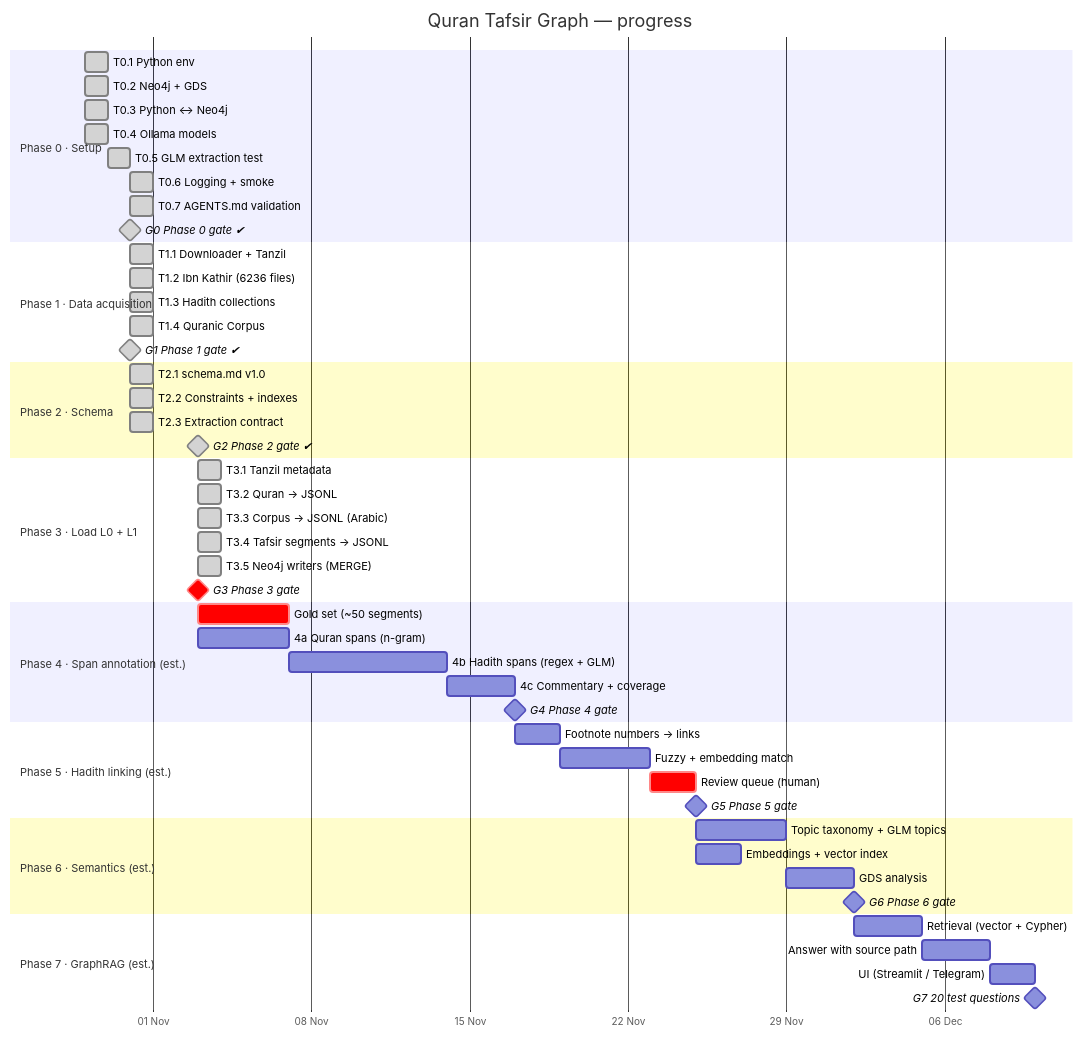
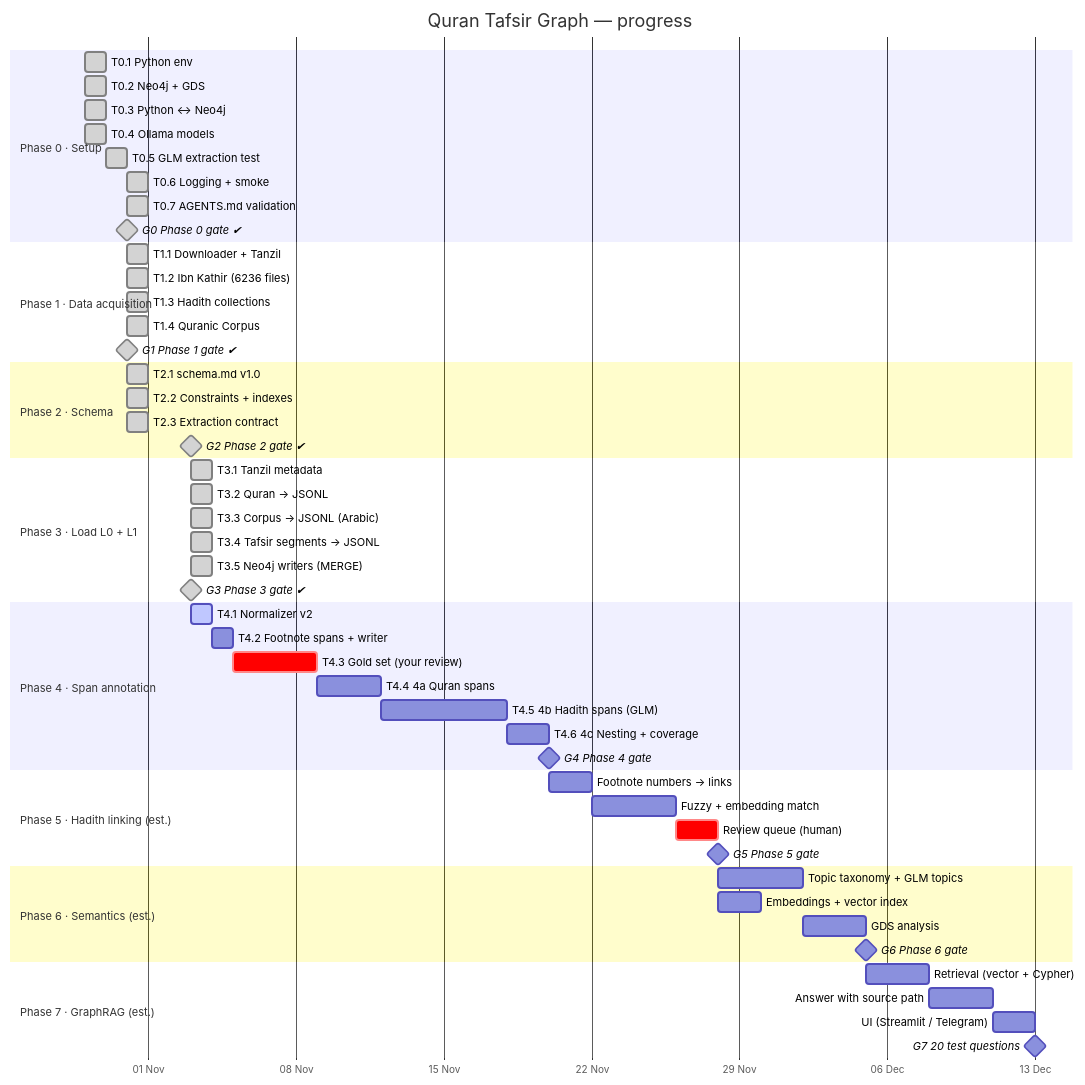
One commit to mohamed-soubhi/quran-graph changed the diagram in docs/GANTT.md. Above: the diagram before and after it, drawn with Mermaid. The commit also changed other lines of this file and 5 other files, not shown here.

````diff
--- a/docs/GANTT.md
+++ b/docs/GANTT.md
@@ -9,63 +9,65 @@
 ```mermaid
 gantt
     title Quran Tafsir Graph — progress
     dateFormat YYYY-MM-DD
     axisFormat %d %b
     todayMarker stroke-width:3px,stroke:#d33
 
     section Phase 0 · Setup
     T0.1 Python env                 :done, t01, 2026-10-29, 1d
     T0.2 Neo4j + GDS                :done, t02, 2026-10-29, 1d
     T0.3 Python ↔ Neo4j             :done, t03, 2026-10-29, 1d
     T0.4 Ollama models              :done, t04, 2026-10-29, 1d
     T0.5 GLM extraction test        :done, t05, 2026-10-30, 1d
     T0.6 Logging + smoke            :done, t06, 2026-10-31, 1d
     T0.7 AGENTS.md validation       :done, t07, 2026-10-31, 1d
     G0 Phase 0 gate ✔               :milestone, done, g0, 2026-10-31, 0d
 
     section Phase 1 · Data acquisition
     T1.1 Downloader + Tanzil        :done, t11, 2026-10-31, 1d
     T1.2 Ibn Kathir (6236 files)    :done, t12, 2026-10-31, 1d
     T1.3 Hadith collections         :done, t13, 2026-10-31, 1d
     T1.4 Quranic Corpus            :done, t14, 2026-10-31, 1d
     G1 Phase 1 gate ✔               :milestone, done, g1, 2026-10-31, 0d
 
     section Phase 2 · Schema
     T2.1 schema.md v1.0            :done, t21, 2026-10-31, 1d
     T2.2 Constraints + indexes      :done, t22, 2026-10-31, 1d
     T2.3 Extraction contract        :done, t23, 2026-10-31, 1d
     G2 Phase 2 gate ✔               :milestone, done, g2, 2026-11-03, 0d
 
     section Phase 3 · Load L0 + L1
     T3.1 Tanzil metadata            :done, t31, 2026-11-03, 1d
     T3.2 Quran → JSONL              :done, t32, 2026-11-03, 1d
     T3.3 Corpus → JSONL (Arabic)    :done, t33, 2026-11-03, 1d
     T3.4 Tafsir segments → JSONL    :done, t34, 2026-11-03, 1d
     T3.5 Neo4j writers (MERGE)      :done, p3b, 2026-11-03, 1d
-    G3 Phase 3 gate                 :crit, milestone, g3, 2026-11-03, 0d
+    G3 Phase 3 gate ✔               :milestone, done, g3, 2026-11-03, 0d
 
-    section Phase 4 · Span annotation (est.)
-    Gold set (~50 segments)         :crit, p4g, after g3, 4d
-    4a Quran spans (n-gram)         :p4a, after g3, 4d
-    4b Hadith spans (regex + GLM)   :p4b, after p4a, 7d
-    4c Commentary + coverage        :p4c, after p4b, 3d
+    section Phase 4 · Span annotation
+    T4.1 Normalizer v2              :active, t41, 2026-11-03, 1d
+    T4.2 Footnote spans + writer    :t42, after t41, 1d
+    T4.3 Gold set (your review)     :crit, t43, after t42, 4d
+    T4.4 4a Quran spans             :t44, after t43, 3d
+    T4.5 4b Hadith spans (GLM)      :t45, after t44, 6d
+    T4.6 4c Nesting + coverage      :p4c, after t45, 2d
     G4 Phase 4 gate                 :milestone, g4, after p4c, 0d
 
     section Phase 5 · Hadith linking (est.)
     Footnote numbers → links        :p5a, after g4, 2d
     Fuzzy + embedding match         :p5b, after p5a, 4d
     Review queue (human)            :crit, p5c, after p5b, 2d
     G5 Phase 5 gate                 :milestone, g5, after p5c, 0d
 
     section Phase 6 · Semantics (est.)
     Topic taxonomy + GLM topics     :p6a, after g5, 4d
     Embeddings + vector index       :p6b, after g5, 2d
     GDS analysis                    :p6c, after p6a, 3d
     G6 Phase 6 gate                 :milestone, g6, after p6c, 0d
 
     section Phase 7 · GraphRAG (est.)
     Retrieval (vector + Cypher)     :p7a, after g6, 3d
     Answer with source path         :p7b, after p7a, 3d
     UI (Streamlit / Telegram)       :p7c, after p7b, 2d
     G7 20 test questions            :milestone, g7, after p7c, 0d
 ```
````
